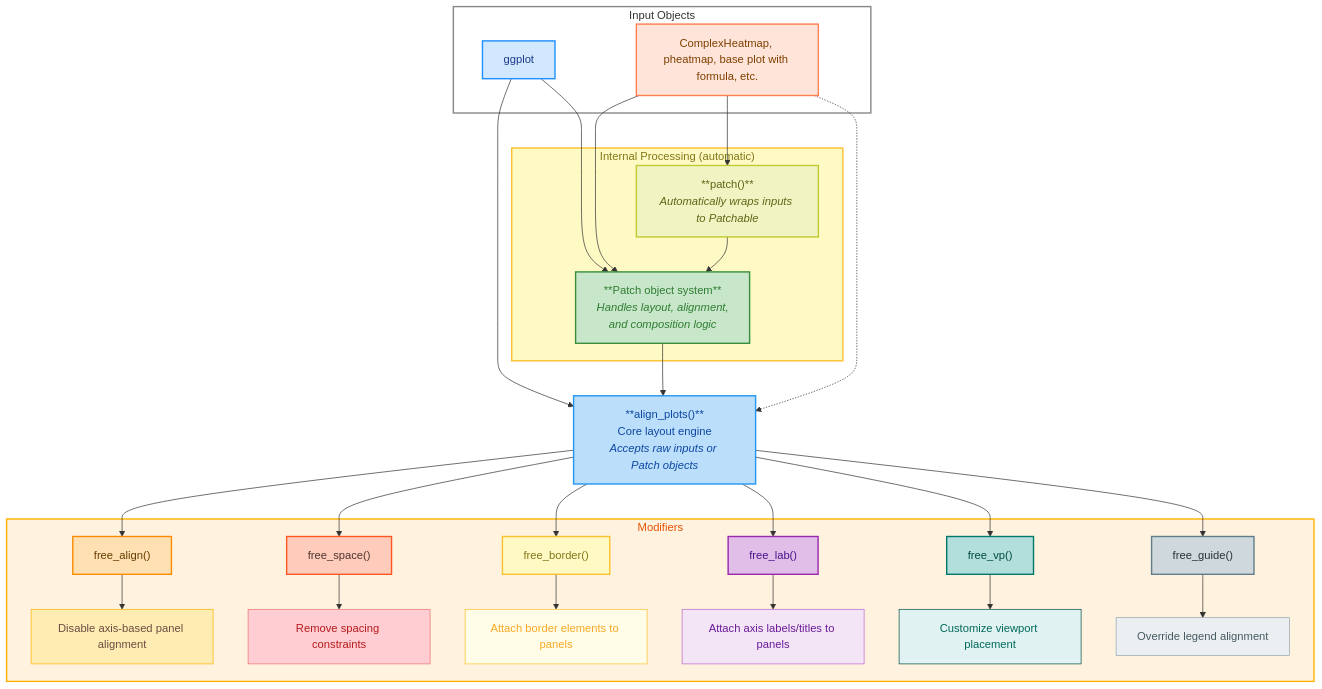
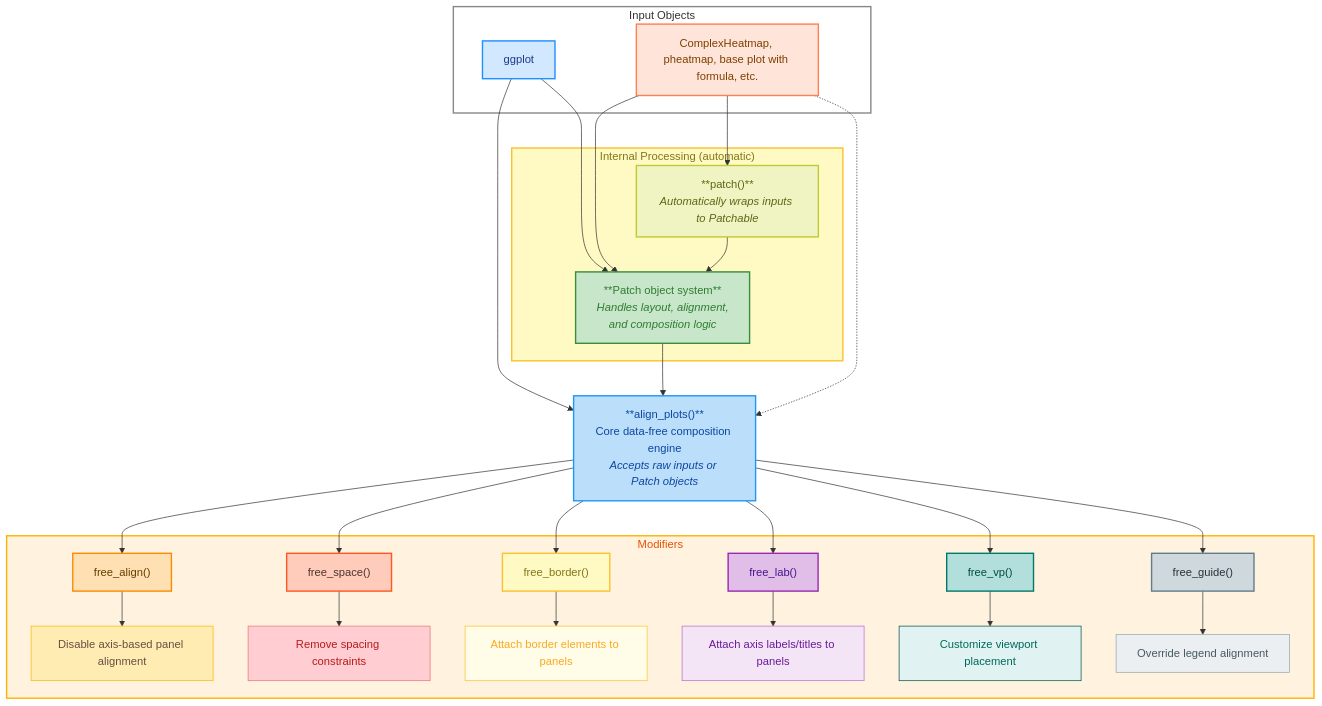
Before and after one commit to Yunuuuu/ggalign-book: the first of 2 diagrams in introduction.qmd, drawn with Mermaid.

Commit message:
better description for align_plots

```diff
--- a/introduction.qmd
+++ b/introduction.qmd
@@ -93,7 +93,7 @@
     end
 
     %% Core engine
-    Align["**align_plots()**<br/>Core layout engine<br/><i>Accepts raw inputs or Patch objects</i>"]
+    Align["**align_plots()**<br/>Core data-free composition engine<br/><i>Accepts raw inputs or Patch objects</i>"]
 
     %% Layout modifiers
     subgraph Modifiers
```
